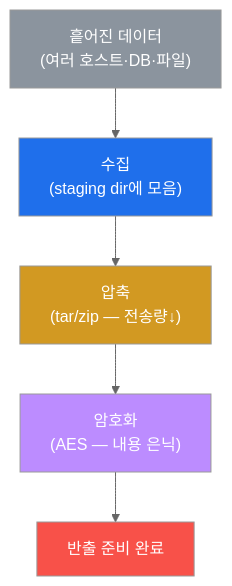
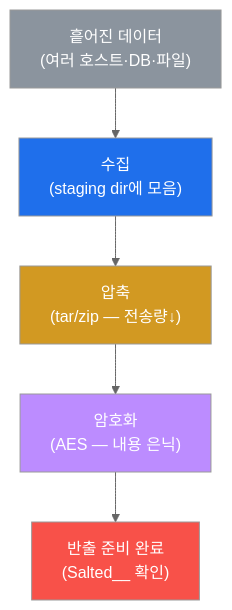
One commit to mrgrit/tw2 changed the third of 5 diagrams in contents/training/attack-adv/lecture_week10.md. Above: the diagram before and after it, drawn with Mermaid (neutral theme). The commit also changed other lines of this file, not shown here.

First line of the commit message:
docs(attack-adv): W10 강의 골드 확장 (198→316줄) — 유출 킬체인 4단계·OpenSSL Salted__ 매직(file 없는 el34 함정)·채널 4종·fast vs low-and-slow·임의작명

````diff
--- a/contents/training/attack-adv/lecture_week10.md
+++ b/contents/training/attack-adv/lecture_week10.md
@@ -98,13 +162,13 @@
 ```mermaid
 graph TD
     SCATTER["흩어진 데이터<br/>(여러 호스트·DB·파일)"]
     SCATTER --> COLLECT["수집<br/>(staging dir에 모음)"]
     COLLECT --> COMPRESS["압축<br/>(tar/zip — 전송량↓)"]
     COMPRESS --> ENCRYPT["암호화<br/>(AES — 내용 은닉)"]
-    ENCRYPT --> READY["반출 준비 완료"]
+    ENCRYPT --> READY["반출 준비 완료<br/>(Salted__ 확인)"]
     style SCATTER fill:#8b949e,color:#fff
     style COLLECT fill:#1f6feb,color:#fff
     style COMPRESS fill:#d29922,color:#fff
     style ENCRYPT fill:#bc8cff,color:#fff
     style READY fill:#f85149,color:#fff
 ```
````
